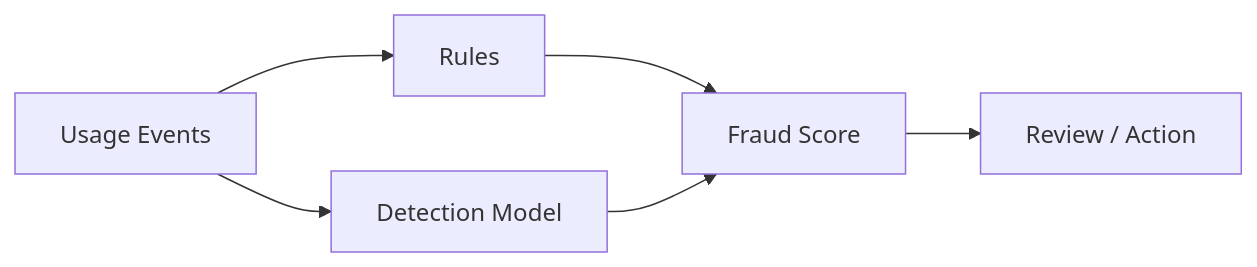
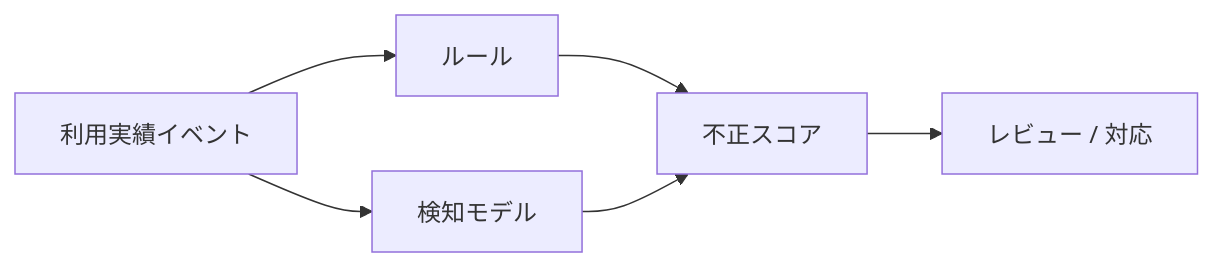
Before and after one commit to ShigeichiroYamasaki/creator-first-platform: diagram 14 of 48 in docs/whitepaper/10-security.md, drawn with Mermaid. The commit also changed other lines of this file and 72 other files, not shown here.

````diff
--- a/docs/whitepaper/10-security.md
+++ b/docs/whitepaper/10-security.md
@@ -455,12 +455,12 @@
 ```mermaid
 flowchart LR
-    EVENTS[Usage Events]
-    RULES[Rules]
-    MODEL[Detection Model]
-    SCORE[Fraud Score]
-    REVIEW[Review / Action]
+    EVENTS[利用実績イベント]
+    RULES[ルール]
+    MODEL[検知モデル]
+    SCORE[不正スコア]
+    REVIEW[レビュー / 対応]
 
     EVENTS --> RULES --> SCORE
     EVENTS --> MODEL --> SCORE
     SCORE --> REVIEW
 ```
````
